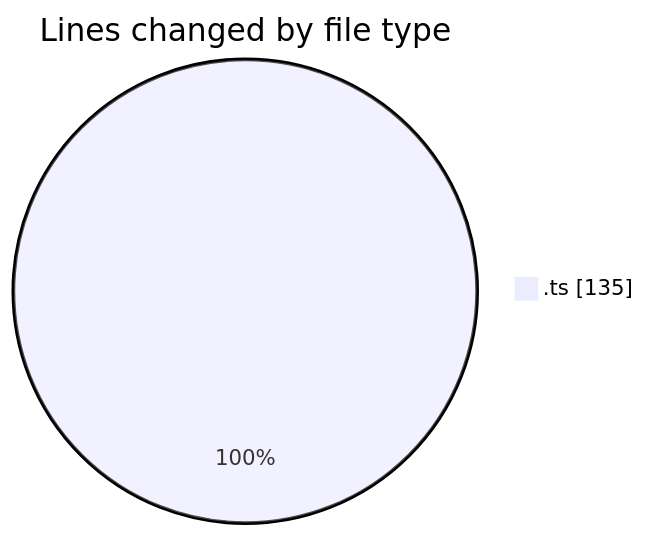
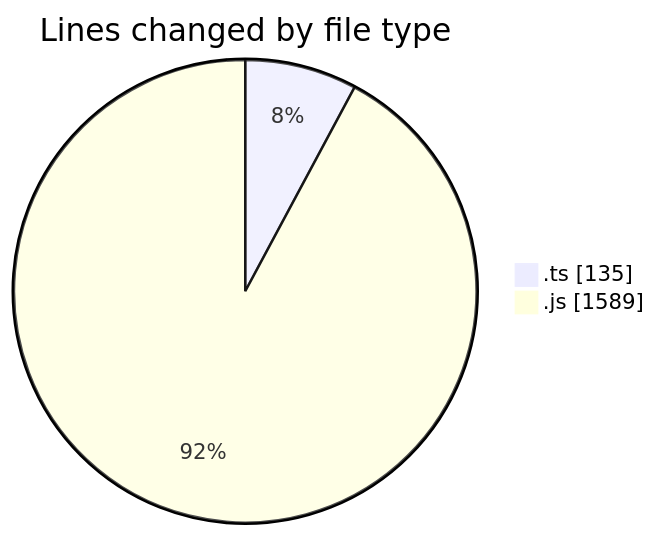
The first of 2 diagrams in 2026-04-25/darkwire/README.md (tmsrecording-cyber/code-tracking), drawn with Mermaid before and after one commit. The commit also changed other lines of this file and 1 other file, not shown here.

````diff
--- a/2026-04-25/darkwire/README.md
+++ b/2026-04-25/darkwire/README.md
@@ -21,5 +25,6 @@
 ```mermaid
 pie showData
 title Lines changed by file type
 ".ts" : 135
+".js" : 1589
 ```
````
